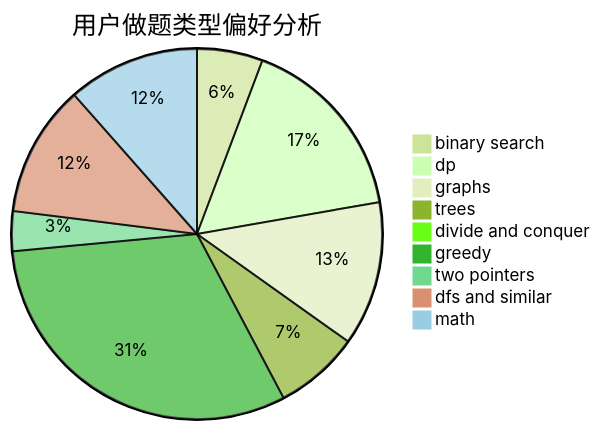
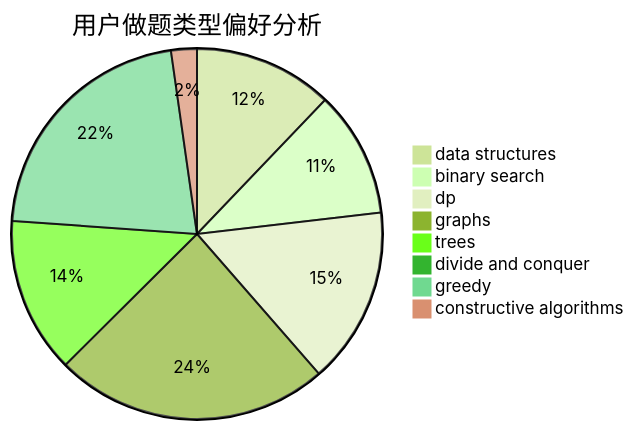
The second of 3 diagrams in docs/user/u72.md (sherpahu/cfrs.github.io), drawn with Mermaid (forest theme) before and after one commit. The commit also changed other lines of this file and 2775 other files, not shown here.

````diff
--- a/docs/user/u72.md
+++ b/docs/user/u72.md
@@ -23,12 +23,11 @@
 ```mermaid
 pie title 用户做题类型偏好分析
-    "binary search" :  180
-    "dp" :  518
-    "graphs" :  395
-    "trees" :  233
-    "divide and conquer" :  2
-    "greedy" :  980
-    "two pointers" :  109
-    "dfs and similar" :  361
-    "math" :  361
+    "data structures" :  151
+    "binary search" :  137
+    "dp" :  192
+    "graphs" :  298
+    "trees" :  169
+    "divide and conquer" :  0
+    "greedy" :  269
+    "constructive algorithms" :  28
 ```
````
